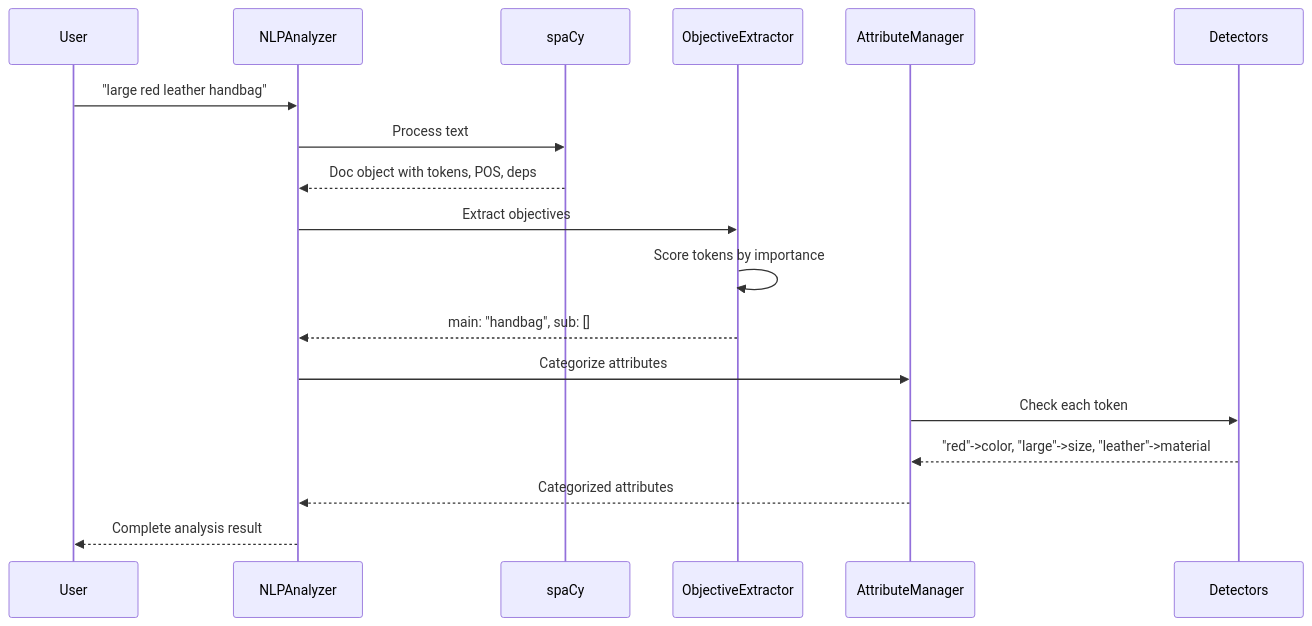
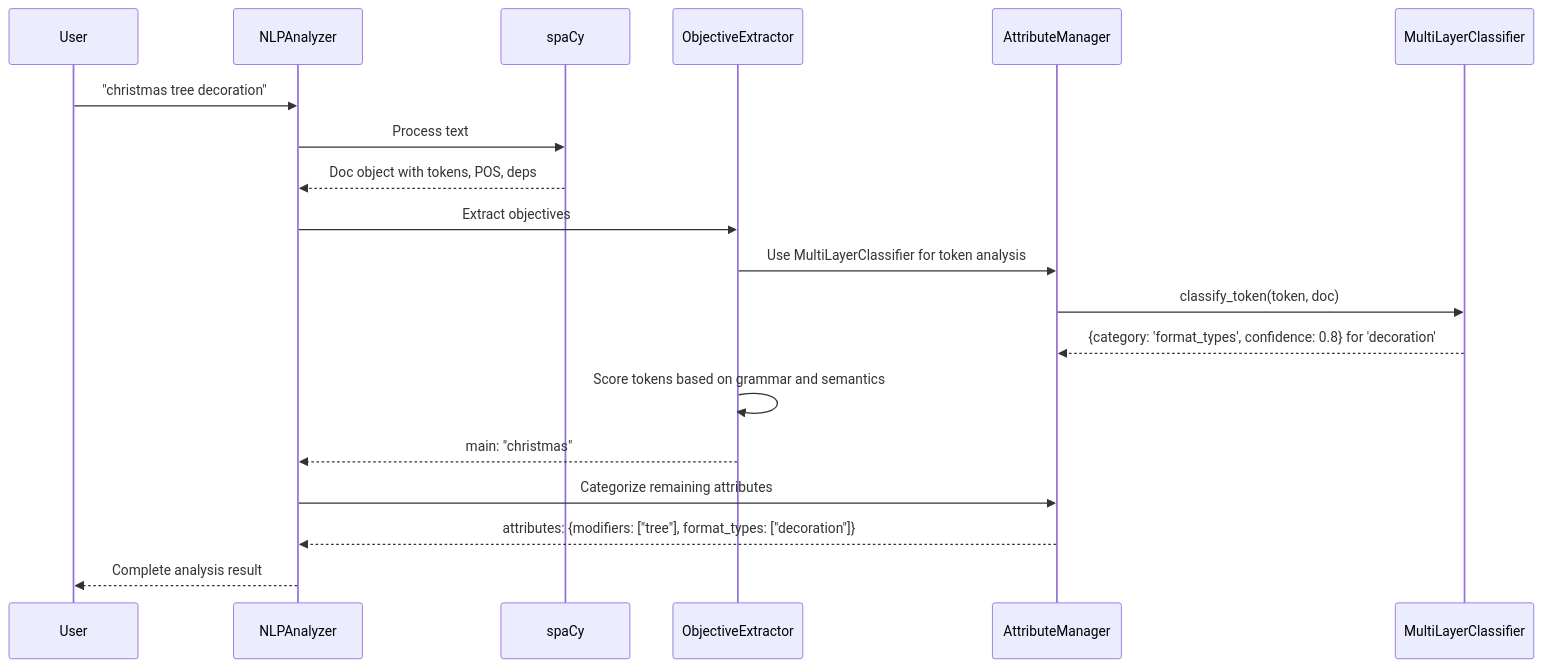
Before and after one commit to warlock7/spacy_dev: the second of 4 diagrams in spacy_nlp_analyzer_explained.md, drawn with Mermaid. The commit also changed other lines of this file and 1 other file, not shown here.

````diff
--- a/spacy_nlp_analyzer_explained.md
+++ b/spacy_nlp_analyzer_explained.md
@@ -69,24 +73,27 @@
 ```mermaid
 sequenceDiagram
     participant User
     participant NLPAnalyzer
     participant spaCy
     participant ObjectiveExtractor
     participant AttributeManager
-    participant Detectors
+    participant MultiLayerClassifier
 
-    User->>NLPAnalyzer: "large red leather handbag"
+    User->>NLPAnalyzer: "christmas tree decoration"
     NLPAnalyzer->>spaCy: Process text
     spaCy-->>NLPAnalyzer: Doc object with tokens, POS, deps
 
+    %% ObjectiveExtractor and AttributeManager work together
     NLPAnalyzer->>ObjectiveExtractor: Extract objectives
-    ObjectiveExtractor->>ObjectiveExtractor: Score tokens by importance
-    ObjectiveExtractor-->>NLPAnalyzer: main: "handbag", sub: []
+    ObjectiveExtractor->>AttributeManager: Use MultiLayerClassifier for token analysis
+    AttributeManager->>MultiLayerClassifier: classify_token(token, doc)
+    MultiLayerClassifier-->>AttributeManager: {category: 'format_types', confidence: 0.8} for 'decoration'
 
-    NLPAnalyzer->>AttributeManager: Categorize attributes
-    AttributeManager->>Detectors: Check each token
-    Detectors-->>AttributeManager: "red"->color, "large"->size, "leather"->material
-    AttributeManager-->>NLPAnalyzer: Categorized attributes
+    ObjectiveExtractor->>ObjectiveExtractor: Score tokens based on grammar and semantics
+    ObjectiveExtractor-->>NLPAnalyzer: main: "christmas"
+
+    NLPAnalyzer->>AttributeManager: Categorize remaining attributes
+    AttributeManager-->>NLPAnalyzer: attributes: {modifiers: ["tree"], format_types: ["decoration"]}
 
     NLPAnalyzer-->>User: Complete analysis result
 ```
````
